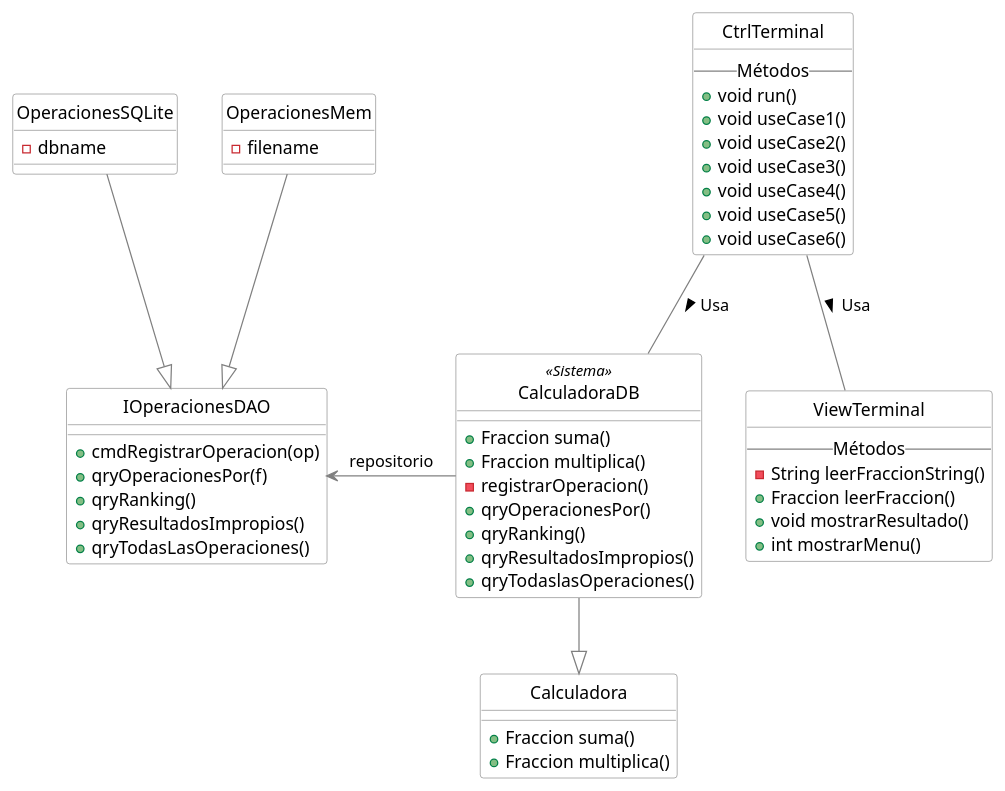
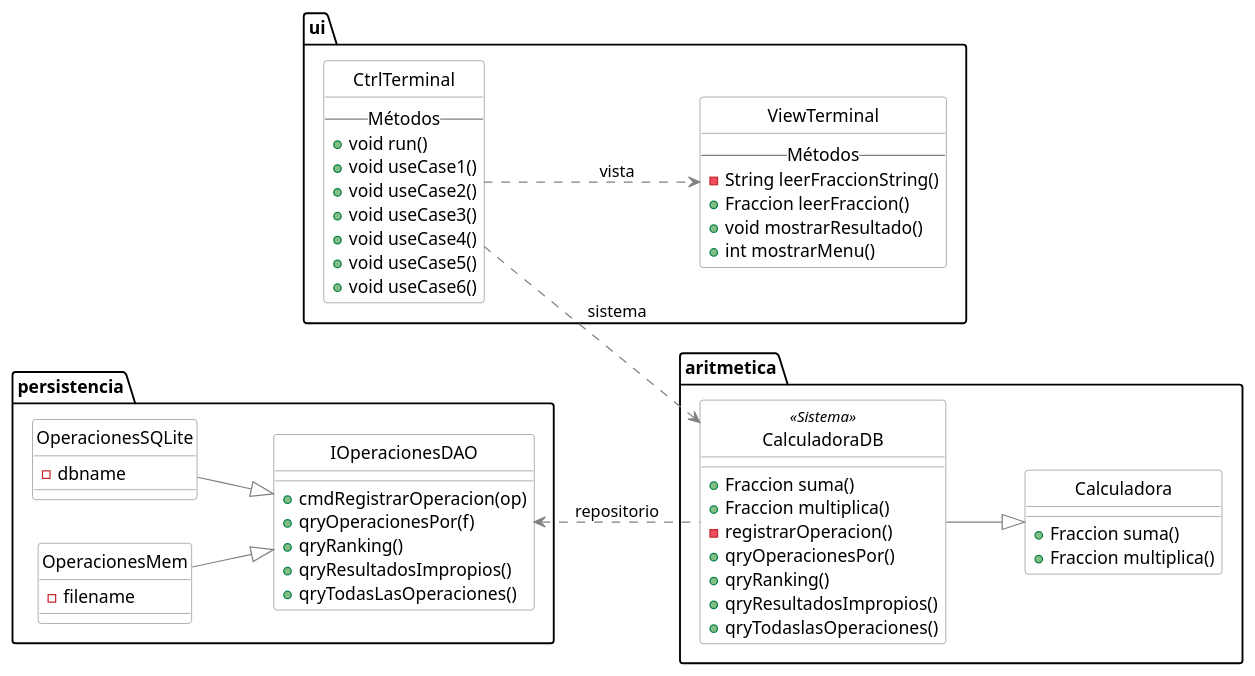
One commit to srlopez/RUP changed the third of 5 diagrams in ejemplos/fraccion_completo.md. Above: the diagram before and after it, drawn with PlantUML. The commit also changed other lines of this file, not shown here.

````diff
--- a/ejemplos/fraccion_completo.md
+++ b/ejemplos/fraccion_completo.md
@@ -199,71 +204,76 @@
 ```plantuml
 @startuml
-'left to right direction
+left to right direction
 skinparam class {
   skinparam monochrome true
   skinparam shadowing false
   BackgroundColor White
   BorderColor Gray
   ' FontName Consolas
   ArrowColor Gray
 }
 scale 1
 hide circle
 
-class Calculadora {
-  +Fraccion suma()
-  +Fraccion multiplica()
+package aritmetica {
+  class Calculadora {
+    +Fraccion suma()
+    +Fraccion multiplica()
+  }
+  class CalculadoraDB<<Sistema>> {
+    +Fraccion suma()
+    +Fraccion multiplica()
+    -registrarOperacion()
+    +qryOperacionesPor()
+    +qryRanking() 
+    +qryResultadosImpropios()
+    +qryTodaslasOperaciones()
+  }
 }
-class CalculadoraDB<<Sistema>> {
-  +Fraccion suma()
-  +Fraccion multiplica()
-  -registrarOperacion()
-  +qryOperacionesPor()
-  +qryRanking() 
-  +qryResultadosImpropios()
-  +qryTodaslasOperaciones()
+package ui {
+
+  class CtrlTerminal{
+  -- Métodos --
+    +void run()
+    +void useCase1()
+    +void useCase2()
+    +void useCase3()
+    +void useCase4()
+    +void useCase5()
+    +void useCase6()
+  }
+
+  class ViewTerminal{
+  -- Métodos --
+    - String leerFraccionString()
+    +Fraccion leerFraccion()
+    +void mostrarResultado()
+    +int mostrarMenu()
+  }
 }
 
-class CtrlTerminal{
--- Métodos --
-  +void run()
-  +void useCase1()
-  +void useCase2()
-  +void useCase3()
-  +void useCase4()
-  +void useCase5()
-  +void useCase6()
+package persistencia {
+    class OperacionesSQLite{ 
+      -dbname 
+    }
+    class OperacionesMem{ 
+      -filename 
+    }
+
+    class IOperacionesDAO
+    {
+    +cmdRegistrarOperacion(op)
+    +qryOperacionesPor(f)
+    +qryRanking() 
+    +qryResultadosImpropios()
+    +qryTodasLasOperaciones() 
+    }
 }
-
-class ViewTerminal{
--- Métodos --
-  - String leerFraccionString()
-  +Fraccion leerFraccion()
-  +void mostrarResultado()
-  +int mostrarMenu()
-}
-
-class OperacionesSQLite{ 
- -dbname 
-}
-class OperacionesMem{ 
-  -filename 
-}
-
-class IOperacionesDAO
-{
- +cmdRegistrarOperacion(op)
- +qryOperacionesPor(f)
- +qryRanking() 
- +qryResultadosImpropios()
- +qryTodasLasOperaciones() 
-}
-
-IOperacionesDAO <- CalculadoraDB : repositorio
+IOperacionesDAO <.. CalculadoraDB : repositorio
 CalculadoraDB --|> Calculadora
-CtrlTerminal -- CalculadoraDB: Usa >
-CtrlTerminal -- ViewTerminal: Usa >
+CtrlTerminal ..> CalculadoraDB: sistema 
+CtrlTerminal ..> ViewTerminal: vista
 OperacionesSQLite --|> IOperacionesDAO
 OperacionesMem --|> IOperacionesDAO
 @enduml
 ```
````
